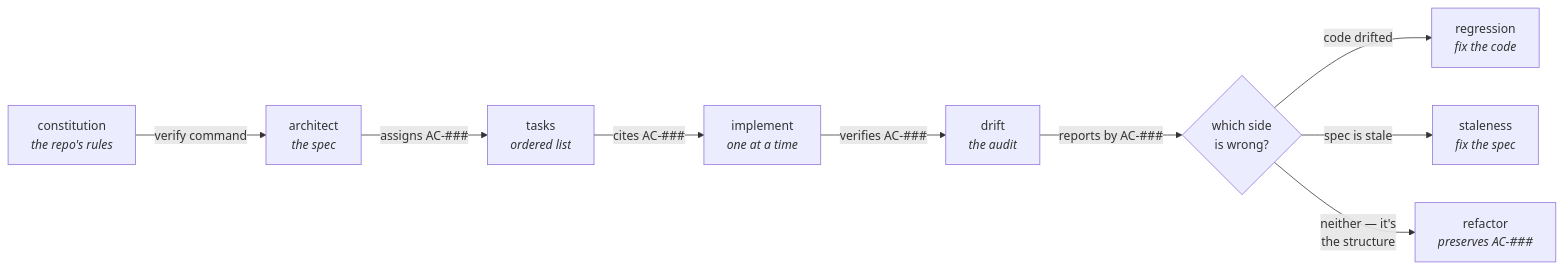
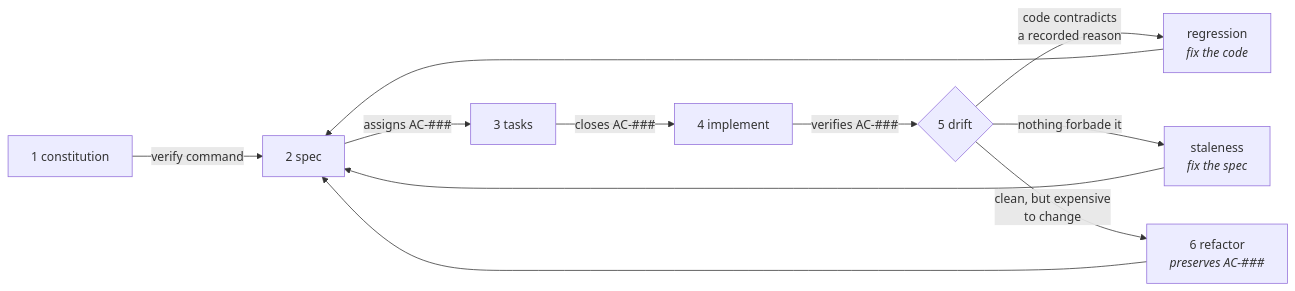
The diagram in README.md (DahanItamar/spec-architect), drawn with Mermaid before and after one commit. The commit also changed other lines of this file and 1 other file, not shown here.

````diff
--- a/README.md
+++ b/README.md
@@ -36,13 +46,13 @@
 ```mermaid
 flowchart LR
-    C["constitution<br/><i>the repo's rules</i>"] -- "verify command" --> A
-
-    A["architect<br/><i>the spec</i>"] -- "assigns AC-###" --> T
-    T["tasks<br/><i>ordered list</i>"] -- "cites AC-###" --> I
-    I["implement<br/><i>one at a time</i>"] -- "verifies AC-###" --> D
-    D["drift<br/><i>the audit</i>"] -- "reports by AC-###" --> V{"which side<br/>is wrong?"}
-
-    V -- "code drifted" --> R["regression<br/><i>fix the code</i>"]
-    V -- "spec is stale" --> S["staleness<br/><i>fix the spec</i>"]
-    V -- "neither — it's<br/>the structure" --> F["refactor<br/><i>preserves AC-###</i>"]
+    C["1 constitution"] -- "verify command" --> A
+    A["2 spec"] -- "assigns AC-###" --> T
+    T["3 tasks"] -- "closes AC-###" --> I
+    I["4 implement"] -- "verifies AC-###" --> D
+    D{"5 drift"} -- "code contradicts<br/>a recorded reason" --> R["regression<br/><i>fix the code</i>"]
+    D -- "nothing forbade it" --> S["staleness<br/><i>fix the spec</i>"]
+    D -- "clean, but expensive<br/>to change" --> F["6 refactor<br/><i>preserves AC-###</i>"]
+    R --> A
+    S --> A
+    F --> A
 ```
````
